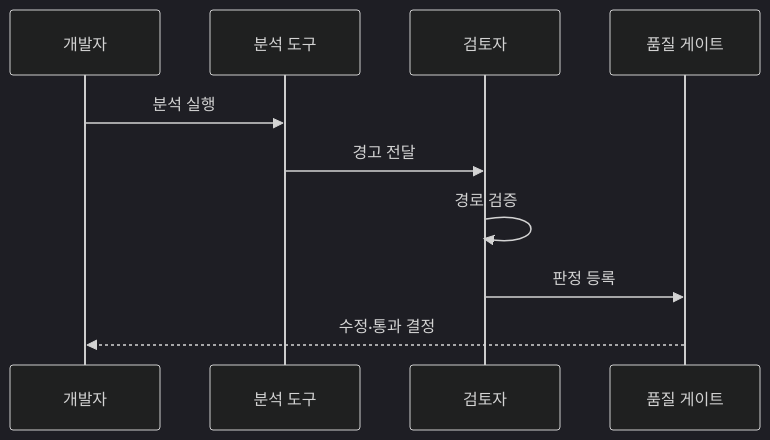
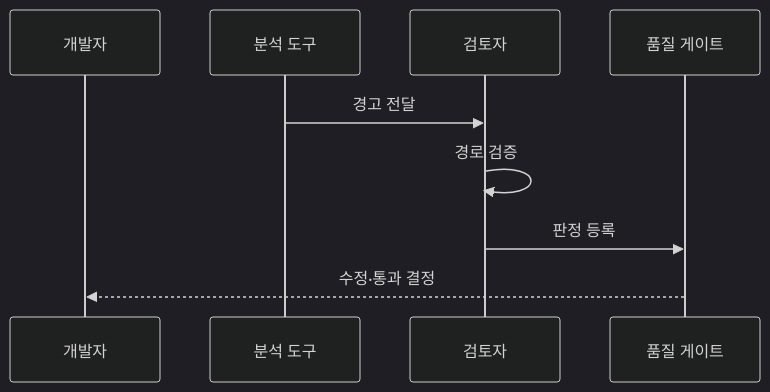
Before and after one commit to agnusdei1207/knowledge-base: the second of 2 diagrams in src/content/docs/notes/06-evaluation/036_static_analysis_interpretation.md, drawn with Mermaid (dark theme). The commit also changed other lines of this file and 11 other files, not shown here.

````diff
--- a/src/content/docs/notes/06-evaluation/036_static_analysis_interpretation.md
+++ b/src/content/docs/notes/06-evaluation/036_static_analysis_interpretation.md
@@ -83,12 +83,11 @@
 ```mermaid
 sequenceDiagram
     participant D as 개발자
     participant T as 분석 도구
     participant R as 검토자
     participant G as 품질 게이트
-    D->>T: 분석 실행
     T->>R: 경고 전달
     R->>R: 경로 검증
     R->>G: 판정 등록
     G-->>D: 수정·통과 결정
 ```
````
